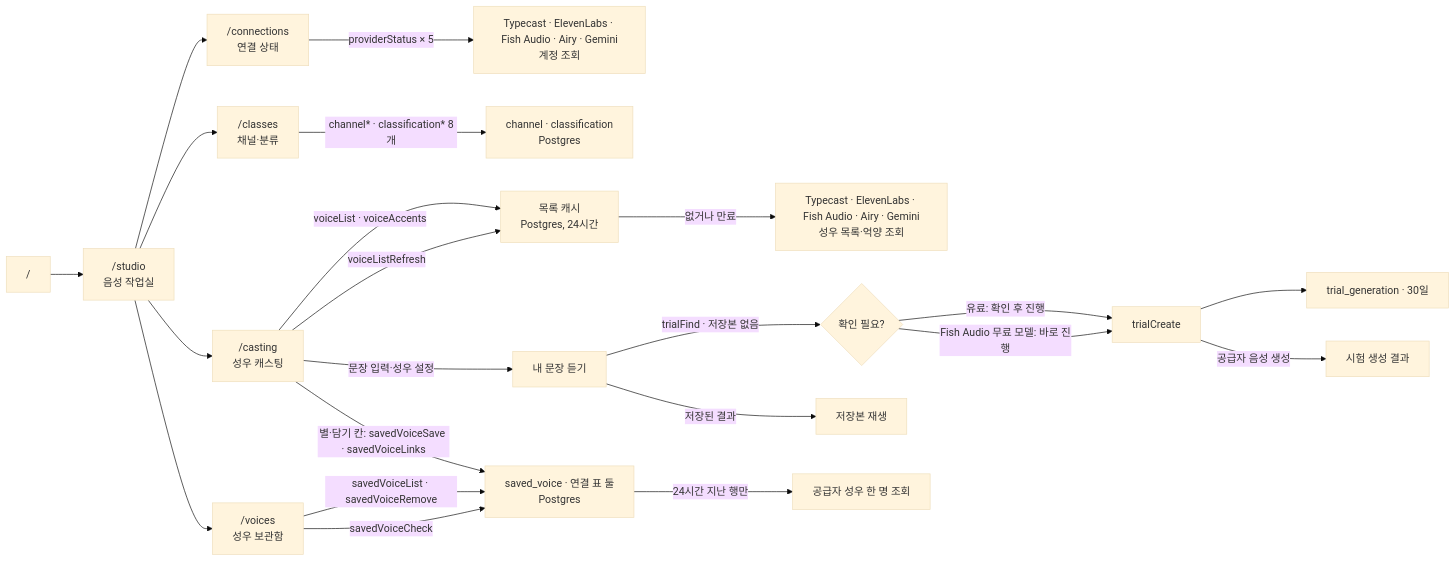
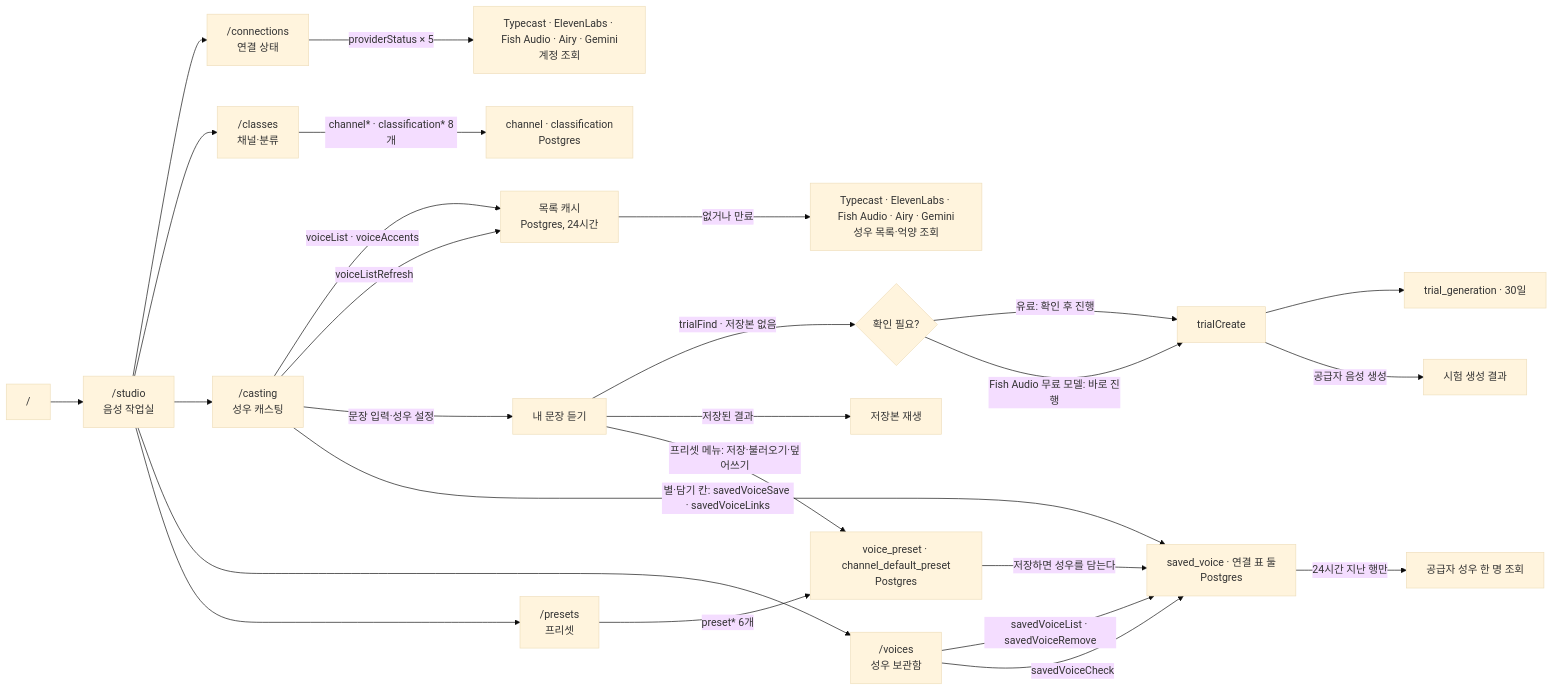
The diagram in docs/domain/project.md (roadkwonai/omni-ai-tts), drawn with Mermaid (base theme) before and after one commit. The commit also changed other lines of this file and 52 other files, not shown here.

````diff
--- a/docs/domain/project.md
+++ b/docs/domain/project.md
@@ -18,24 +18,28 @@
 ```mermaid
 flowchart LR
   R["/"] --> S["/studio<br/>음성 작업실"]
   S --> C["/connections<br/>연결 상태"]
   C -->|providerStatus × 5| P["Typecast · ElevenLabs · Fish Audio · Airy · Gemini<br/>계정 조회"]
   S --> CL["/classes<br/>채널·분류"]
   CL -->|"channel* · classification* 8개"| CD["channel · classification<br/>Postgres"]
   S --> V["/casting<br/>성우 캐스팅"]
   V -->|"voiceList · voiceAccents"| K["목록 캐시<br/>Postgres, 24시간"]
   K -->|"없거나 만료"| L["Typecast · ElevenLabs · Fish Audio · Airy · Gemini<br/>성우 목록·억양 조회"]
   V -->|voiceListRefresh| K
   V -->|문장 입력·성우 설정| TF["내 문장 듣기"]
   TF -->|trialFind · 저장본 없음| TC{"확인 필요?"}
   TC -->|유료: 확인 후 진행| TCR["trialCreate"]
   TC -->|Fish Audio 무료 모델: 바로 진행| TCR
   TF -->|저장된 결과| TA["저장본 재생"]
   TCR --> TR["trial_generation · 30일"]
   TCR -->|공급자 음성 생성| TOUT["시험 생성 결과"]
   V -->|"별·담기 칸: savedVoiceSave · savedVoiceLinks"| SV["saved_voice · 연결 표 둘<br/>Postgres"]
   S --> LB["/voices<br/>성우 보관함"]
   LB -->|"savedVoiceList · savedVoiceRemove"| SV
   LB -->|savedVoiceCheck| SV
   SV -->|"24시간 지난 행만"| G["공급자 성우 한 명 조회"]
+  S --> PR["/presets<br/>프리셋"]
+  PR -->|"preset* 6개"| PD["voice_preset · channel_default_preset<br/>Postgres"]
+  TF -->|"프리셋 메뉴: 저장·불러오기·덮어쓰기"| PD
+  PD -->|"저장하면 성우를 담는다"| SV
 ```
````
